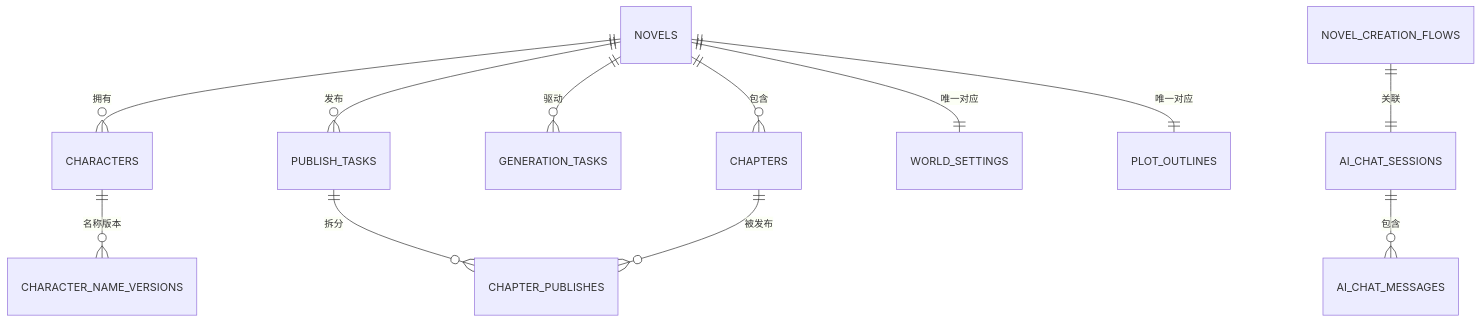
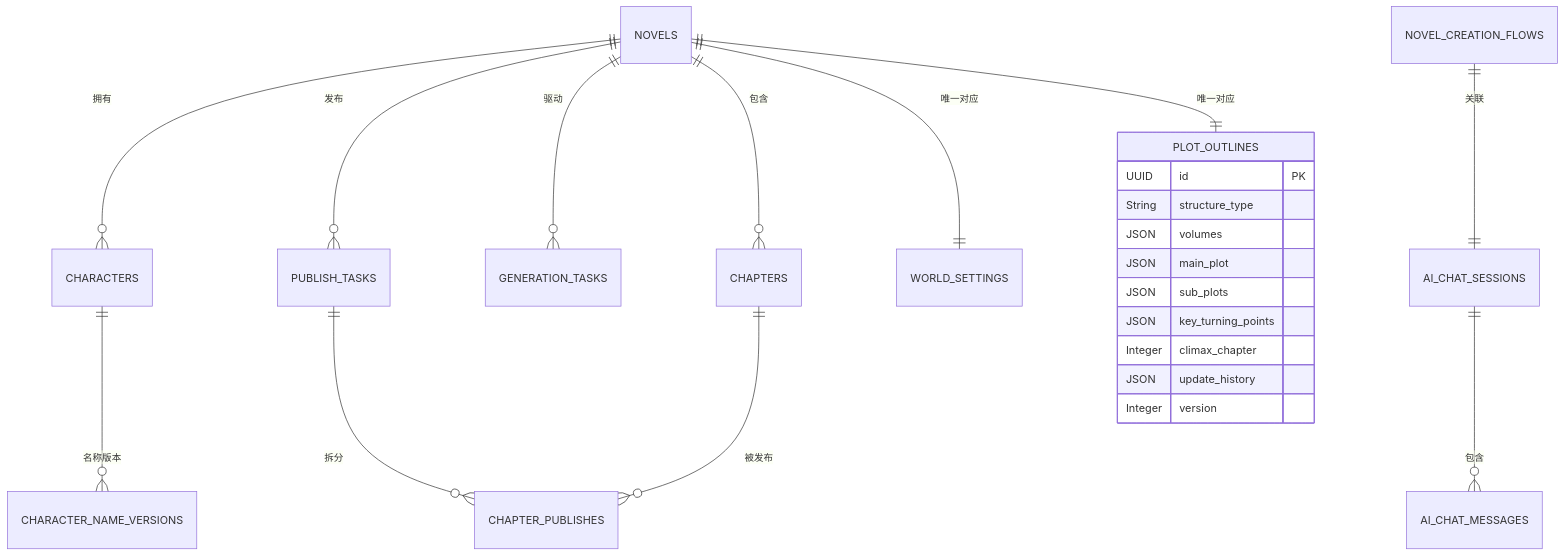
Before and after one commit to xfbyxq/ai-novel-system: the sixth of 13 diagrams in .qoder/repowiki/zh/content/后端架构/数据库设计.md, drawn with Mermaid. The commit also changed other lines of this file and 11 other files, not shown here.

````diff
--- a/.qoder/repowiki/zh/content/后端架构/数据库设计.md
+++ b/.qoder/repowiki/zh/content/后端架构/数据库设计.md
@@ -356,14 +374,25 @@
 ```mermaid
 erDiagram
 NOVELS ||--o{ CHARACTERS : "拥有"
 NOVELS ||--o{ CHAPTERS : "包含"
 NOVELS ||--o{ GENERATION_TASKS : "驱动"
 NOVELS ||--o{ PUBLISH_TASKS : "发布"
 NOVELS ||--|| WORLD_SETTINGS : "唯一对应"
 NOVELS ||--|| PLOT_OUTLINES : "唯一对应"
 PUBLISH_TASKS ||--o{ CHAPTER_PUBLISHES : "拆分"
 CHAPTERS ||--o{ CHAPTER_PUBLISHES : "被发布"
 AI_CHAT_SESSIONS ||--o{ AI_CHAT_MESSAGES : "包含"
 NOVEL_CREATION_FLOWS ||--|| AI_CHAT_SESSIONS : "关联"
 CHARACTERS ||--o{ CHARACTER_NAME_VERSIONS : "名称版本"
+PLOT_OUTLINES {
+UUID id PK
+String structure_type
+JSON volumes
+JSON main_plot
+JSON sub_plots
+JSON key_turning_points
+Integer climax_chapter
+JSON update_history
+Integer version
+}
 ```
````
